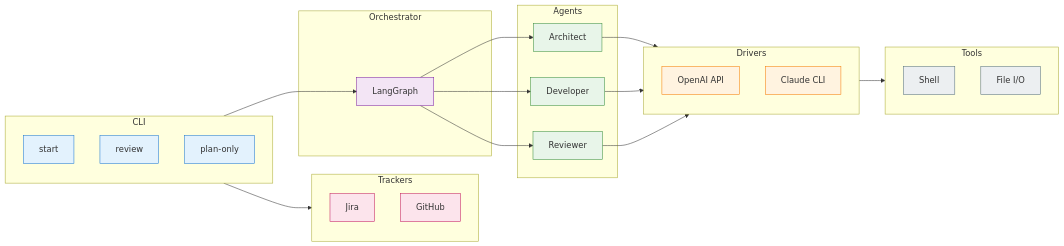
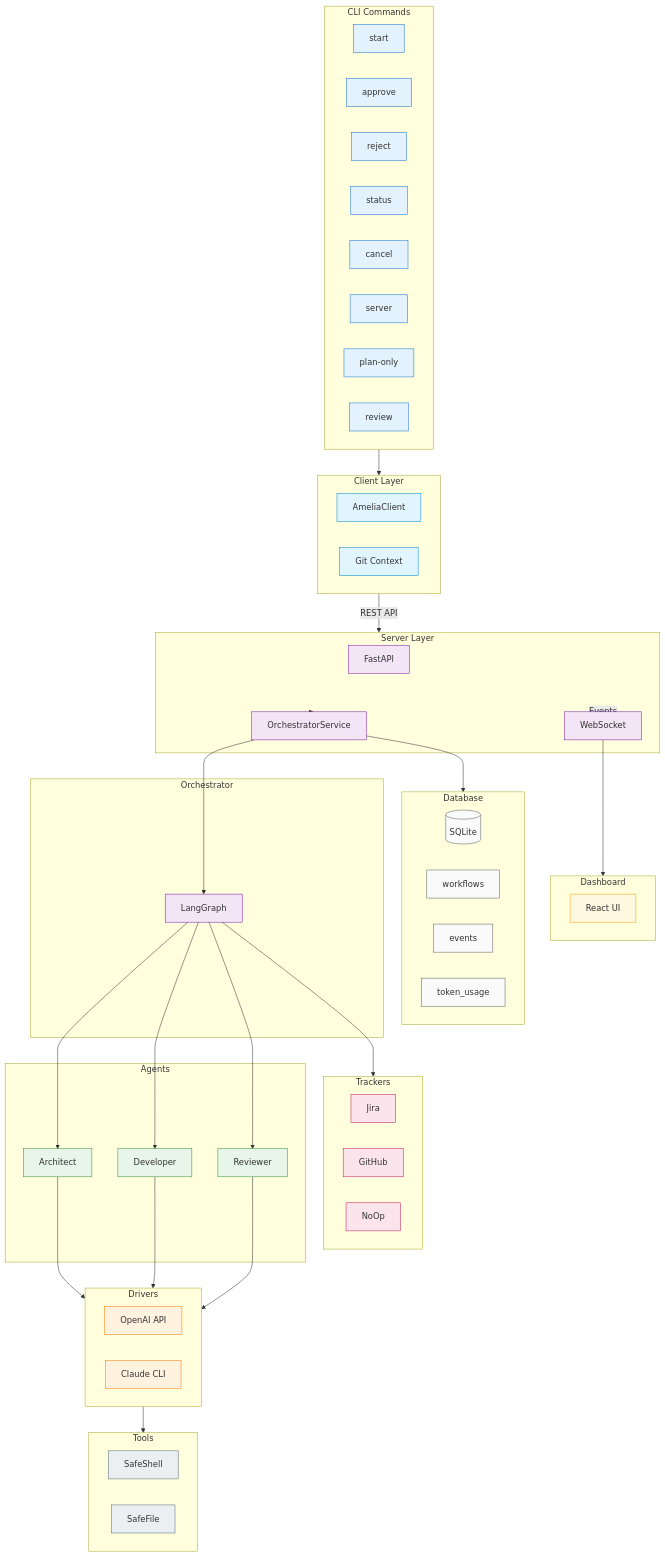
One commit to anderskev/amelia changed the first of 3 diagrams in docs/architecture.md. Above: the diagram before and after it, drawn with Mermaid. The commit also changed other lines of this file and 6 other files, not shown here.

````diff
--- a/docs/architecture.md
+++ b/docs/architecture.md
@@ -7,14 +7,42 @@
 ```mermaid
-flowchart LR
-    subgraph CLI["CLI"]
+flowchart TB
+    subgraph CLI["CLI Commands"]
         start[start]
+        approve[approve]
+        reject[reject]
+        status[status]
+        cancel[cancel]
+        server[server]
+        plan[plan-only]
         review[review]
-        plan[plan-only]
+    end
+
+    subgraph Client["Client Layer"]
+        apiclient[AmeliaClient]
+        gitctx[Git Context]
+    end
+
+    subgraph Server["Server Layer"]
+        fastapi[FastAPI]
+        websocket[WebSocket]
+        orchsvc[OrchestratorService]
+    end
+
+    subgraph Database["Database"]
+        sqlite[(SQLite)]
+        workflows[workflows]
+        events[events]
+        tokens[token_usage]
+    end
+
+    subgraph Dashboard["Dashboard"]
+        react[React UI]
     end
 
     subgraph Trackers["Trackers"]
         jira[Jira]
         github[GitHub]
+        noop[NoOp]
     end
 
     subgraph Core["Orchestrator"]
@@ -33,27 +61,41 @@
     end
 
     subgraph Tools["Tools"]
-        shell[Shell]
-        file[File I/O]
+        shell[SafeShell]
+        file[SafeFile]
     end
 
-    CLI --> Trackers
-    CLI --> orch
+    CLI --> Client
+    Client -->|REST API| Server
+    Server --> orchsvc
+    orchsvc --> orch
+    orchsvc --> Database
+    Server -->|Events| websocket
+    websocket --> Dashboard
+    orch --> Trackers
     orch --> arch & dev & rev
     arch & dev & rev --> Drivers
     Drivers --> Tools
 
     classDef cliStyle fill:#e3f2fd,stroke:#1976d2
+    classDef clientStyle fill:#e1f5fe,stroke:#0288d1
+    classDef serverStyle fill:#f3e5f5,stroke:#7b1fa2
+    classDef dbStyle fill:#fafafa,stroke:#616161
+    classDef dashStyle fill:#fff8e1,stroke:#ffa000
     classDef coreStyle fill:#f3e5f5,stroke:#7b1fa2
     classDef agentStyle fill:#e8f5e9,stroke:#388e3c
     classDef driverStyle fill:#fff3e0,stroke:#f57c00
     classDef trackerStyle fill:#fce4ec,stroke:#c2185b
     classDef toolStyle fill:#eceff1,stroke:#546e7a
 
-    class start,review,plan cliStyle
+    class start,approve,reject,status,cancel,server,plan,review cliStyle
+    class apiclient,gitctx clientStyle
+    class fastapi,websocket,orchsvc serverStyle
+    class sqlite,workflows,events,tokens dbStyle
+    class react dashStyle
     class orch coreStyle
     class arch,dev,rev agentStyle
     class api,claude driverStyle
-    class jira,github trackerStyle
+    class jira,github,noop trackerStyle
     class shell,file toolStyle
 ```
````
